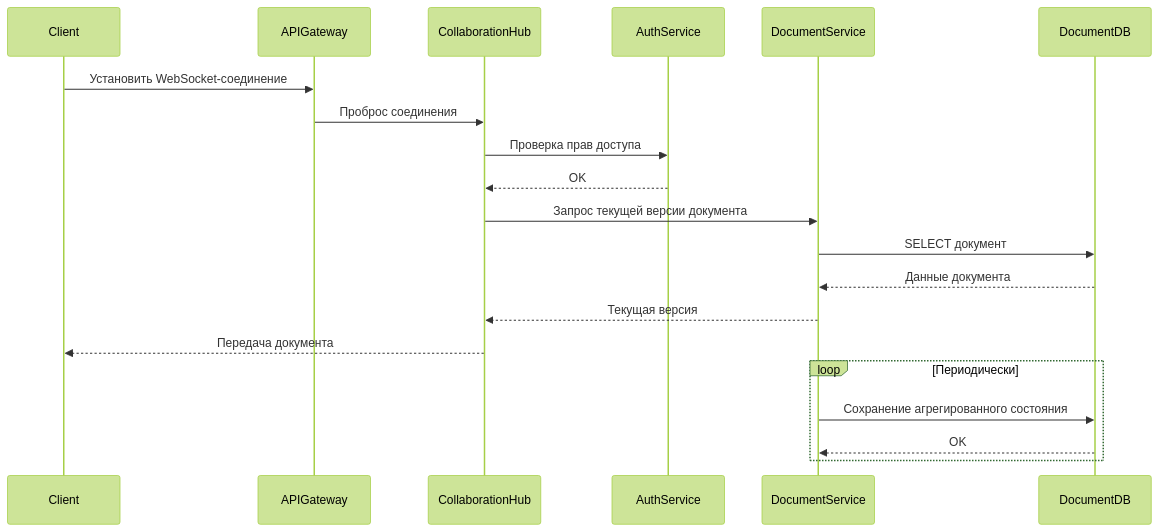
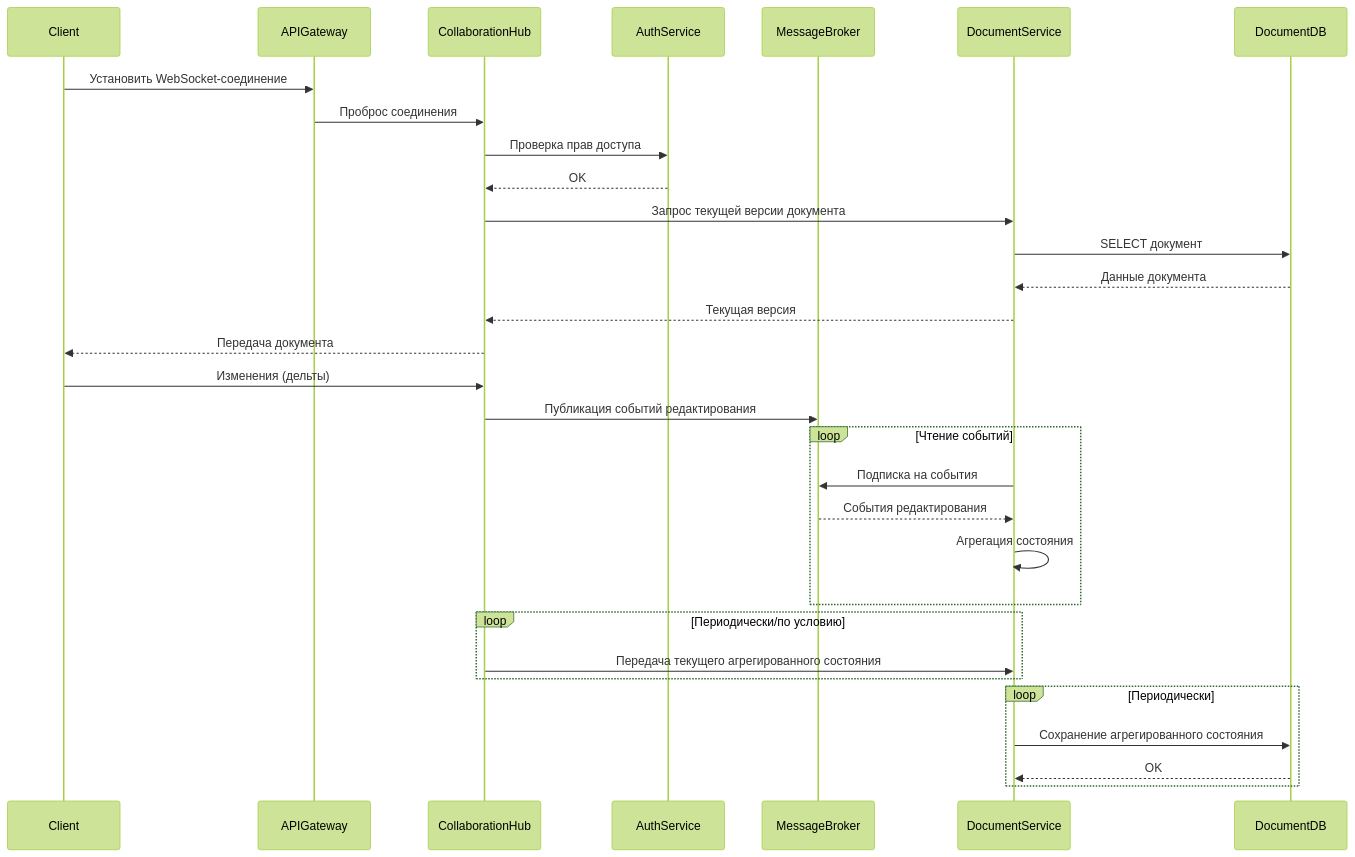
Before and after one commit to spbu-ds-practicum-2025/distributed-computing-fans: the second of 4 diagrams in docs/tr.md, drawn with Mermaid (forest theme). The commit also changed other lines of this file, not shown here.

````diff
--- a/docs/tr.md
+++ b/docs/tr.md
@@ -114,24 +117,39 @@
 ```mermaid
 sequenceDiagram
   participant Client
   participant APIGateway
   participant CollaborationHub
   participant AuthService
+  participant MessageBroker
   participant DocumentService
   participant DocumentDB
 
   Client->>APIGateway: Установить WebSocket-соединение
   APIGateway->>CollaborationHub: Проброс соединения
   CollaborationHub->>AuthService: Проверка прав доступа
   AuthService-->>CollaborationHub: OK
   CollaborationHub->>DocumentService: Запрос текущей версии документа
   DocumentService->>DocumentDB: SELECT документ
   DocumentDB-->>DocumentService: Данные документа
   DocumentService-->>CollaborationHub: Текущая версия
   CollaborationHub-->>Client: Передача документа
 
+  Client->>CollaborationHub: Изменения (дельты)
+  CollaborationHub->>MessageBroker: Публикация событий редактирования
+
+  loop Чтение событий
+    DocumentService->>MessageBroker: Подписка на события
+    MessageBroker-->>DocumentService: События редактирования
+    DocumentService->>DocumentService: Агрегация состояния
+  end
+
+  loop Периодически/по условию
+    CollaborationHub->>DocumentService: Передача текущего агрегированного состояния
+  end
+
   loop Периодически
     DocumentService->>DocumentDB: Сохранение агрегированного состояния
     DocumentDB-->>DocumentService: OK
   end
+
 ```
````
